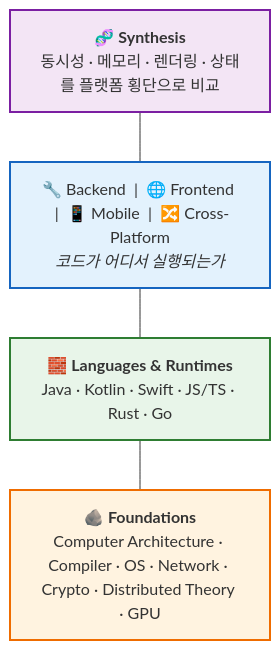
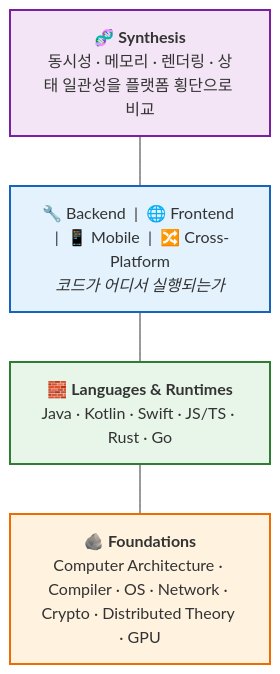
One commit to iq-dev-lab/.github changed the first of 2 diagrams in profile/README.md. Above: the diagram before and after it, drawn with Mermaid. The commit also changed other lines of this file, not shown here.

````diff
--- a/profile/README.md
+++ b/profile/README.md
@@ -37,16 +55,16 @@
 ```mermaid
 graph TD
-    SYN["🧬 <b>Synthesis</b><br/>동시성 · 메모리 · 렌더링 · 상태를 플랫폼 횡단으로 비교"]
+    SYN["🧬 <b>Synthesis</b><br/>동시성 · 메모리 · 렌더링 · 상태 일관성을 플랫폼 횡단으로 비교"]
     PLAT["🔧 Backend &nbsp;|&nbsp; 🌐 Frontend &nbsp;|&nbsp; 📱 Mobile &nbsp;|&nbsp; 🔀 Cross-Platform<br/><i>코드가 어디서 실행되는가</i>"]
     LANG["🧱 <b>Languages &amp; Runtimes</b><br/>Java · Kotlin · Swift · JS/TS · Rust · Go"]
     FND["🪨 <b>Foundations</b><br/>Computer Architecture · Compiler · OS · Network · Crypto · Distributed Theory · GPU"]
 
     SYN --- PLAT
     PLAT --- LANG
     LANG --- FND
 
     style SYN fill:#f3e5f5,stroke:#7b1fa2,stroke-width:2px
     style PLAT fill:#e3f2fd,stroke:#1565c0,stroke-width:2px
     style LANG fill:#e8f5e9,stroke:#2e7d32,stroke-width:2px
     style FND fill:#fff3e0,stroke:#ef6c00,stroke-width:2px
 ```
````
